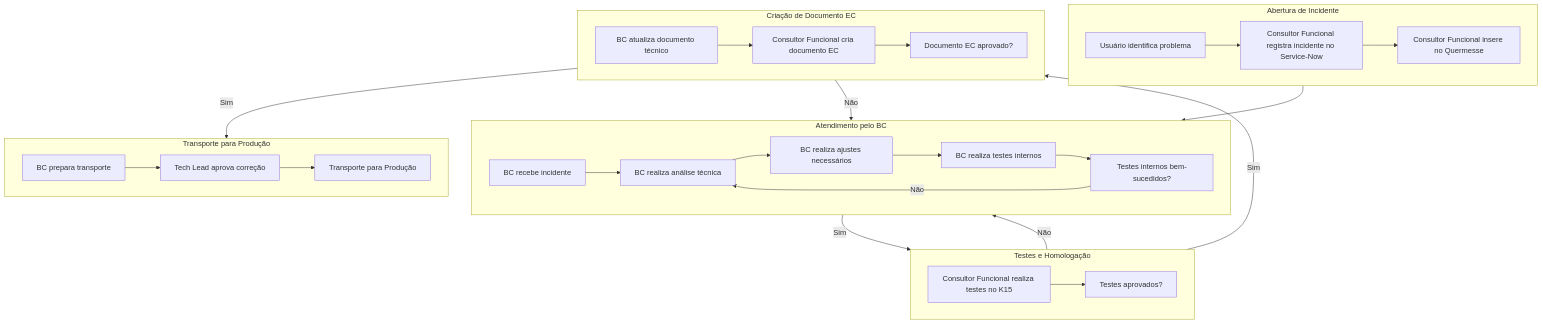
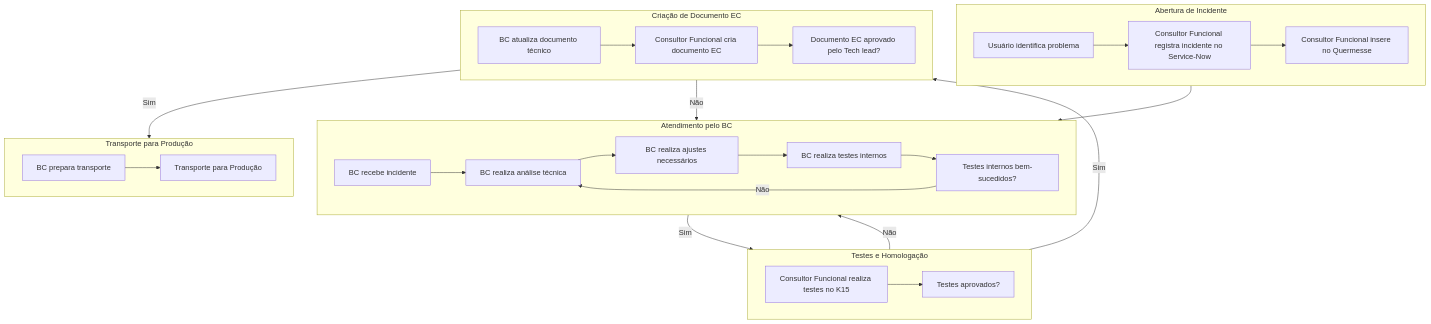
Before and after one commit to edmilson-nascimento/Quermesse: the first of 2 diagrams in merge.md, drawn with Mermaid. The commit also changed other lines of this file, not shown here.

````diff
--- a/merge.md
+++ b/merge.md
@@ -28,56 +28,57 @@
 ```mermaid
 flowchart TB
 
     subgraph A [Abertura de Incidente]
         direction LR
         A1[Usuário identifica problema]
         A2[Consultor Funcional registra incidente no Service-Now]
         A3[Consultor Funcional insere no Quermesse]
     end
 
     subgraph B [Atendimento pelo BC]
         direction LR
         B1[BC recebe incidente]
         B2[BC realiza análise técnica]
         B3[BC realiza ajustes necessários]
         B4[BC realiza testes internos]
         B5[Testes internos bem-sucedidos?]
     end
 
     subgraph C [Testes e Homologação]
         direction LR
         C1[Consultor Funcional realiza testes no K15]
         C2[Testes aprovados?]
     end
 
     subgraph D [Criação de Documento EC]
         direction LR
         D1[BC atualiza documento técnico]
         D2[Consultor Funcional cria documento EC]
-        D3[Documento EC aprovado?]
+        D3[Documento EC aprovado pelo Tech lead?]
     end
 
     subgraph E [Transporte para Produção]
         direction LR
         E1[BC prepara transporte]
-        E2[Tech Lead aprova correção]
+%%      E2[Tech Lead aprova correção]
         E3[Transporte para Produção]
     end
 
     A1 --> A2 --> A3
     A3 --> B1
 
     B1 --> B2 --> B3 --> B4 --> B5
     B5 -->|Sim| C1
     B5 -->|Não| B2
 
     C1 --> C2
     C2 -->|Sim| D1
     C2 -->|Não| B2
 
     D1 --> D2 --> D3
     D3 -->|Sim| E1
     D3 -->|Não| B2
 
-    E1 --> E2 --> E3
+%%  E1 --> E2 --> E3
+    E1 --> E3
 ```
````
